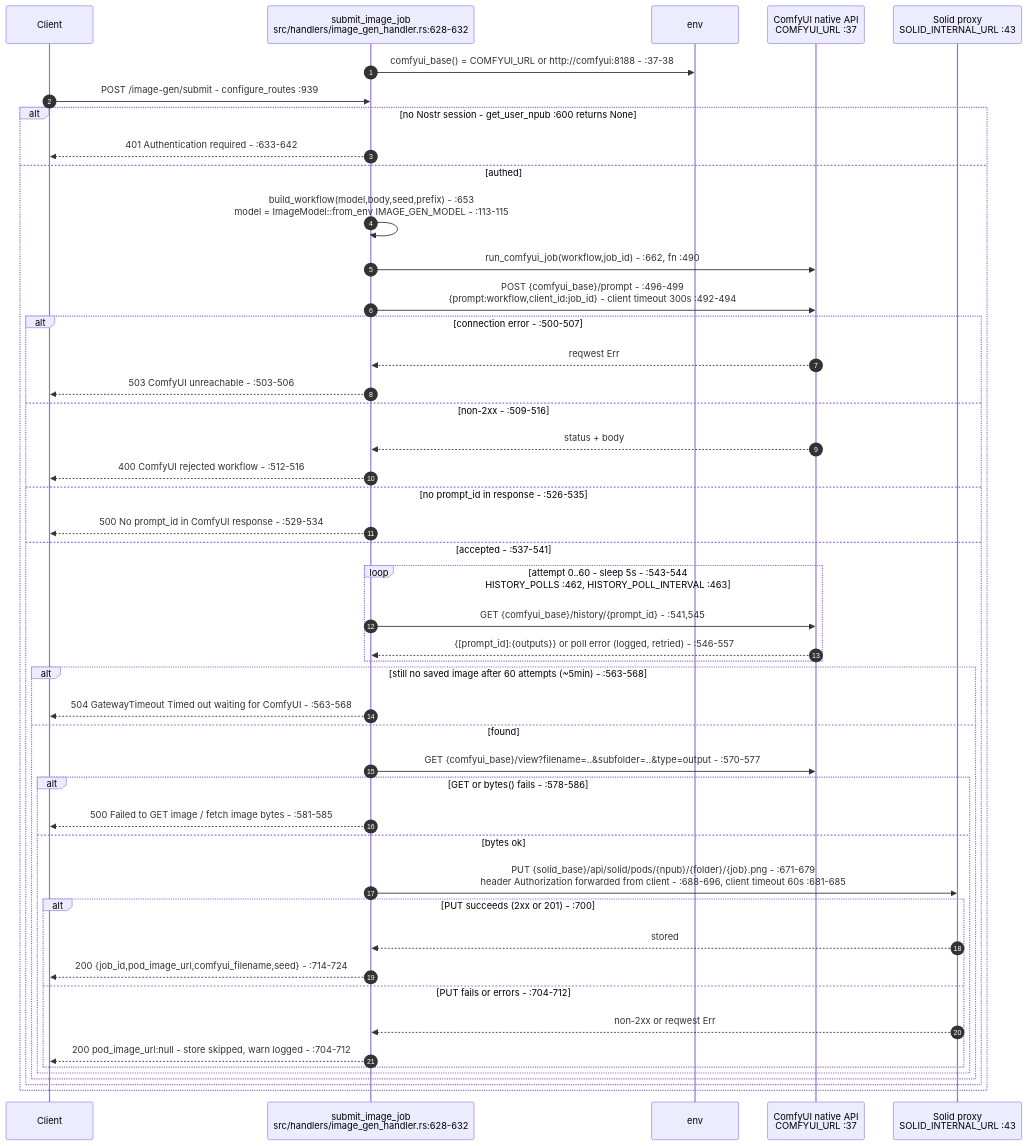
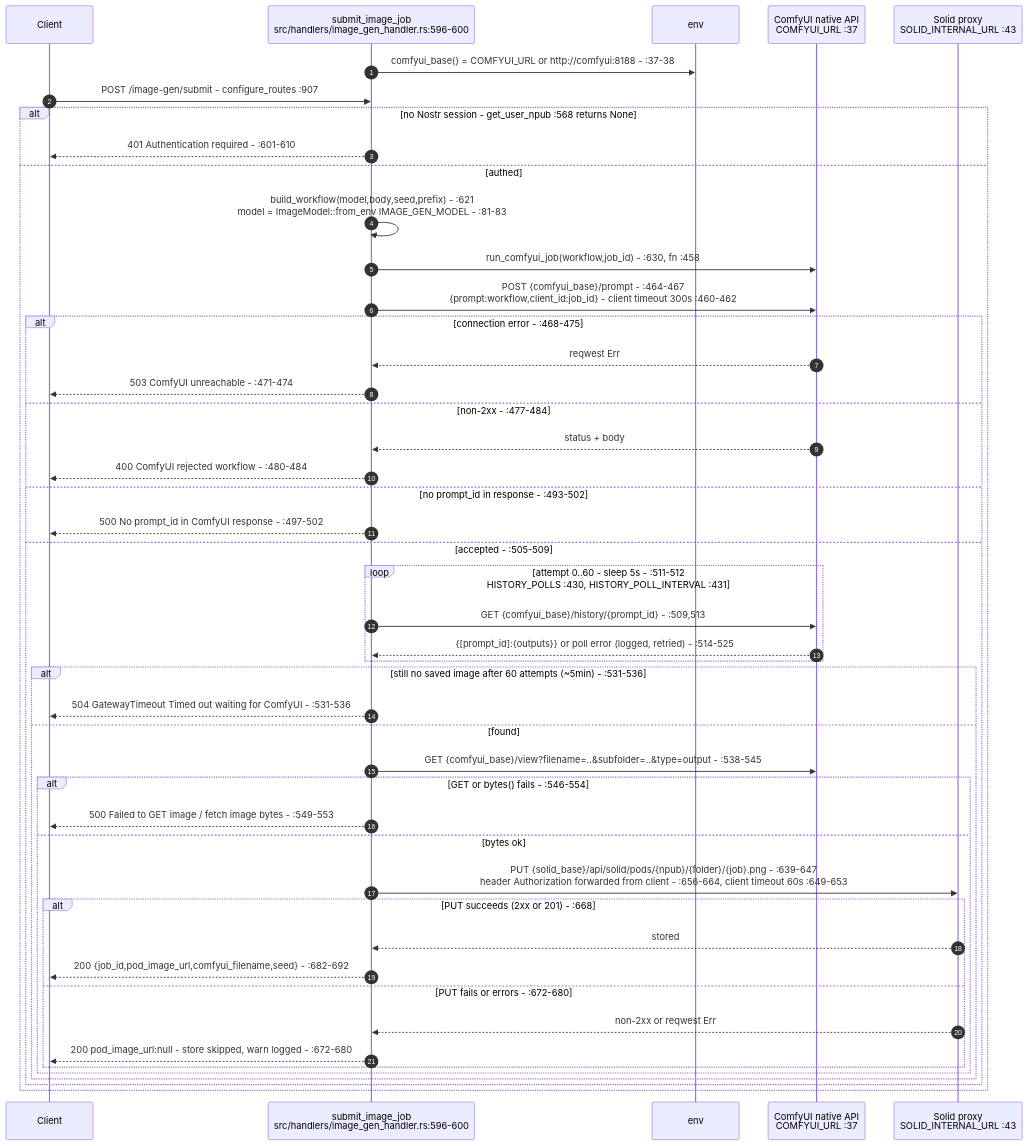
The fourth of 8 diagrams in docs/diagrams/visionclaw/28-external-services.md (DreamLab-AI/VisionFlow), drawn with Mermaid before and after one commit. The commit also changed other lines of this file and 160 other files, not shown here.

````diff
--- a/docs/diagrams/visionclaw/28-external-services.md
+++ b/docs/diagrams/visionclaw/28-external-services.md
@@ -164,50 +168,50 @@
 ```mermaid
 sequenceDiagram
     autonumber
     participant C as Client
-    participant IG as submit_image_job<br/>src/handlers/image_gen_handler.rs:628-632
+    participant IG as submit_image_job<br/>src/handlers/image_gen_handler.rs:596-600
     participant ENV as env
     participant CF as ComfyUI native API<br/>COMFYUI_URL :37
     participant SOLID as Solid proxy<br/>SOLID_INTERNAL_URL :43
 
     IG->>ENV: comfyui_base() = COMFYUI_URL or http://comfyui:8188 - :37-38
-    C->>IG: POST /image-gen/submit - configure_routes :939
-    alt no Nostr session - get_user_npub :600 returns None
-        IG-->>C: 401 Authentication required - :633-642
+    C->>IG: POST /image-gen/submit - configure_routes :907
+    alt no Nostr session - get_user_npub :568 returns None
+        IG-->>C: 401 Authentication required - :601-610
     else authed
-        IG->>IG: build_workflow(model,body,seed,prefix) - :653<br/>model = ImageModel::from_env IMAGE_GEN_MODEL - :113-115
-        IG->>CF: run_comfyui_job(workflow,job_id) - :662, fn :490
-        IG->>CF: POST {comfyui_base}/prompt - :496-499<br/>{prompt:workflow,client_id:job_id} - client timeout 300s :492-494
-        alt connection error - :500-507
+        IG->>IG: build_workflow(model,body,seed,prefix) - :621<br/>model = ImageModel::from_env IMAGE_GEN_MODEL - :81-83
+        IG->>CF: run_comfyui_job(workflow,job_id) - :630, fn :458
+        IG->>CF: POST {comfyui_base}/prompt - :464-467<br/>{prompt:workflow,client_id:job_id} - client timeout 300s :460-462
+        alt connection error - :468-475
             CF-->>IG: reqwest Err
-            IG-->>C: 503 ComfyUI unreachable - :503-506
-        else non-2xx - :509-516
+            IG-->>C: 503 ComfyUI unreachable - :471-474
+        else non-2xx - :477-484
             CF-->>IG: status + body
-            IG-->>C: 400 ComfyUI rejected workflow - :512-516
-        else no prompt_id in response - :526-535
-            IG-->>C: 500 No prompt_id in ComfyUI response - :529-534
-        else accepted - :537-541
-            loop attempt 0..60 - sleep 5s - :543-544<br/>HISTORY_POLLS :462, HISTORY_POLL_INTERVAL :463
-                IG->>CF: GET {comfyui_base}/history/{prompt_id} - :541,545
-                CF-->>IG: {[prompt_id]:{outputs}} or poll error (logged, retried) - :546-557
+            IG-->>C: 400 ComfyUI rejected workflow - :480-484
+        else no prompt_id in response - :493-502
+            IG-->>C: 500 No prompt_id in ComfyUI response - :497-502
+        else accepted - :505-509
+            loop attempt 0..60 - sleep 5s - :511-512<br/>HISTORY_POLLS :430, HISTORY_POLL_INTERVAL :431
+                IG->>CF: GET {comfyui_base}/history/{prompt_id} - :509,513
+                CF-->>IG: {[prompt_id]:{outputs}} or poll error (logged, retried) - :514-525
             end
-            alt still no saved image after 60 attempts (~5min) - :563-568
-                IG-->>C: 504 GatewayTimeout Timed out waiting for ComfyUI - :563-568
+            alt still no saved image after 60 attempts (~5min) - :531-536
+                IG-->>C: 504 GatewayTimeout Timed out waiting for ComfyUI - :531-536
             else found
-                IG->>CF: GET {comfyui_base}/view?filename=..&subfolder=..&type=output - :570-577
-                alt GET or bytes() fails - :578-586
-                    IG-->>C: 500 Failed to GET image / fetch image bytes - :581-585
+                IG->>CF: GET {comfyui_base}/view?filename=..&subfolder=..&type=output - :538-545
+                alt GET or bytes() fails - :546-554
+                    IG-->>C: 500 Failed to GET image / fetch image bytes - :549-553
                 else bytes ok
-                    IG->>SOLID: PUT {solid_base}/api/solid/pods/{npub}/{folder}/{job}.png - :671-679<br/>header Authorization forwarded from client - :688-696, client timeout 60s :681-685
-                    alt PUT succeeds (2xx or 201) - :700
+                    IG->>SOLID: PUT {solid_base}/api/solid/pods/{npub}/{folder}/{job}.png - :639-647<br/>header Authorization forwarded from client - :656-664, client timeout 60s :649-653
+                    alt PUT succeeds (2xx or 201) - :668
                         SOLID-->>IG: stored
-                        IG-->>C: 200 {job_id,pod_image_url,comfyui_filename,seed} - :714-724
-                    else PUT fails or errors - :704-712
+                        IG-->>C: 200 {job_id,pod_image_url,comfyui_filename,seed} - :682-692
+                    else PUT fails or errors - :672-680
                         SOLID-->>IG: non-2xx or reqwest Err
-                        IG-->>C: 200 pod_image_url:null - store skipped, warn logged - :704-712
+                        IG-->>C: 200 pod_image_url:null - store skipped, warn logged - :672-680
                     end
                 end
             end
         end
     end
 ```
````
